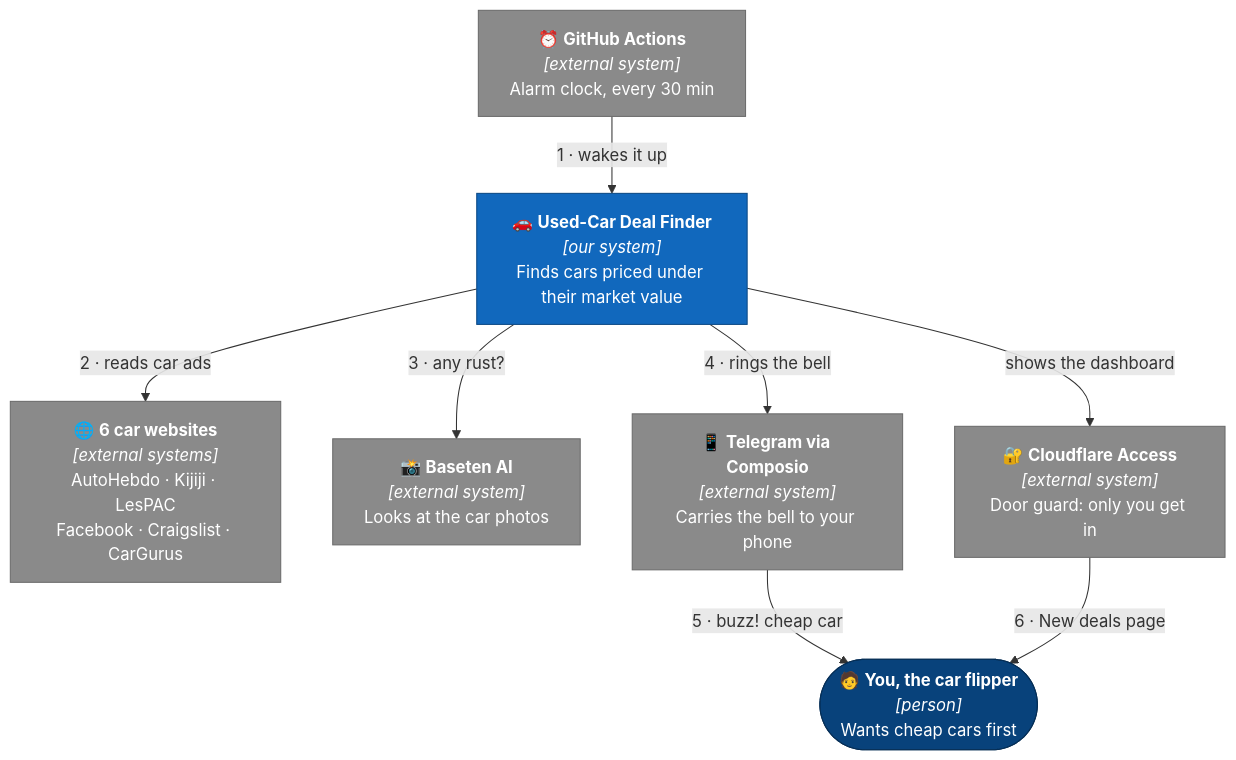
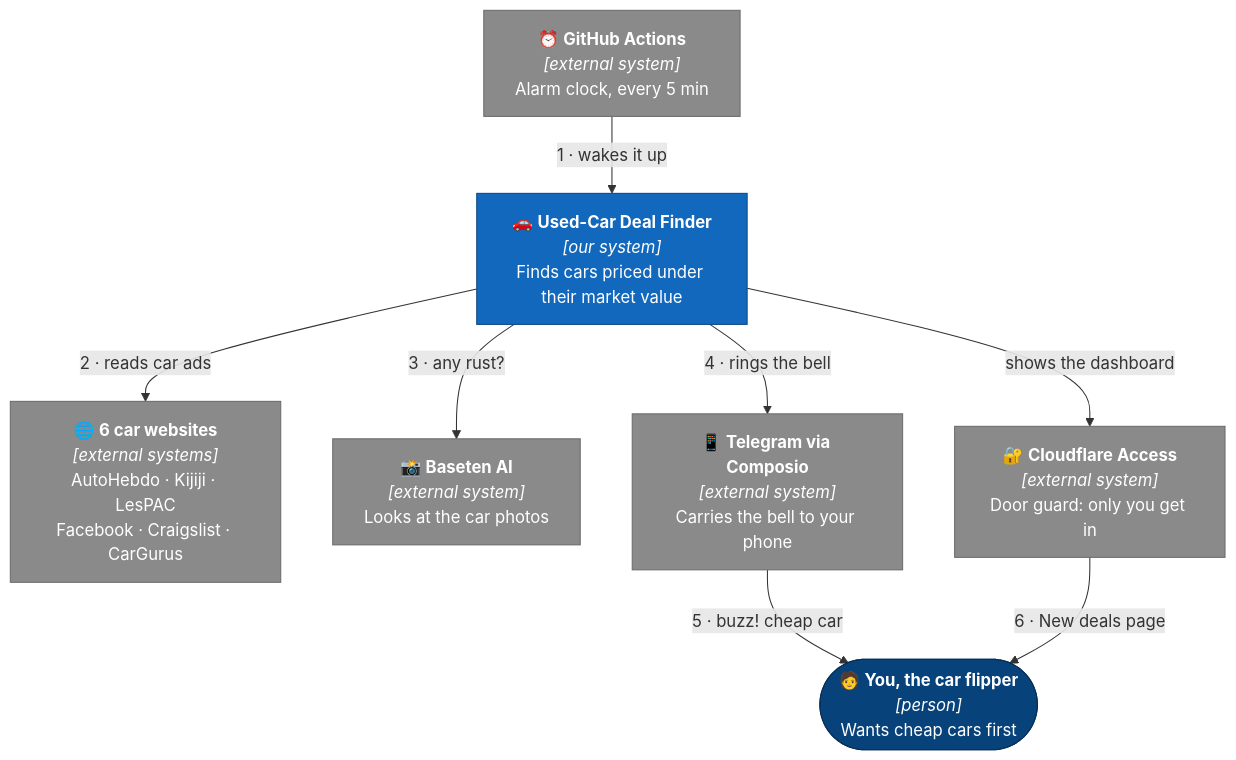
Before and after one commit to Dropio12/used-car-deal-finder: the first of 5 diagrams in README.md, drawn with Mermaid. The commit also changed other lines of this file and 4 other files, not shown here.

````diff
--- a/README.md
+++ b/README.md
@@ -35,25 +35,25 @@
 ```mermaid
 flowchart TB
-  gha["⏰ <b>GitHub Actions</b><br/><i>[external system]</i><br/>Alarm clock, every 30 min"]
+  gha["⏰ <b>GitHub Actions</b><br/><i>[external system]</i><br/>Alarm clock, every 5 min"]
   carbuyer["🚗 <b>Used-Car Deal Finder</b><br/><i>[our system]</i><br/>Finds cars priced under their market value"]
   sites["🌐 <b>6 car websites</b><br/><i>[external systems]</i><br/>AutoHebdo · Kijiji · LesPAC<br/>Facebook · Craigslist · CarGurus"]
   ai["📸 <b>Baseten AI</b><br/><i>[external system]</i><br/>Looks at the car photos"]
   tg["📱 <b>Telegram via Composio</b><br/><i>[external system]</i><br/>Carries the bell to your phone"]
   access["🔐 <b>Cloudflare Access</b><br/><i>[external system]</i><br/>Door guard: only you get in"]
   you(["🧑 <b>You, the car flipper</b><br/><i>[person]</i><br/>Wants cheap cars first"])
 
   gha -- "1 · wakes it up" --> carbuyer
   carbuyer -- "2 · reads car ads" --> sites
   carbuyer -- "3 · any rust?" --> ai
   carbuyer -- "4 · rings the bell" --> tg
   carbuyer -- "shows the dashboard" --> access
   tg -- "5 · buzz! cheap car" --> you
   access -- "6 · New deals page" --> you
 
   classDef person fill:#08427b,stroke:#052e56,color:#fff
   classDef system fill:#1168bd,stroke:#0b4884,color:#fff
   classDef ext fill:#8a8a8a,stroke:#6b6b6b,color:#fff
   class you person
   class carbuyer system
   class gha,sites,ai,tg,access ext
 ```
````
